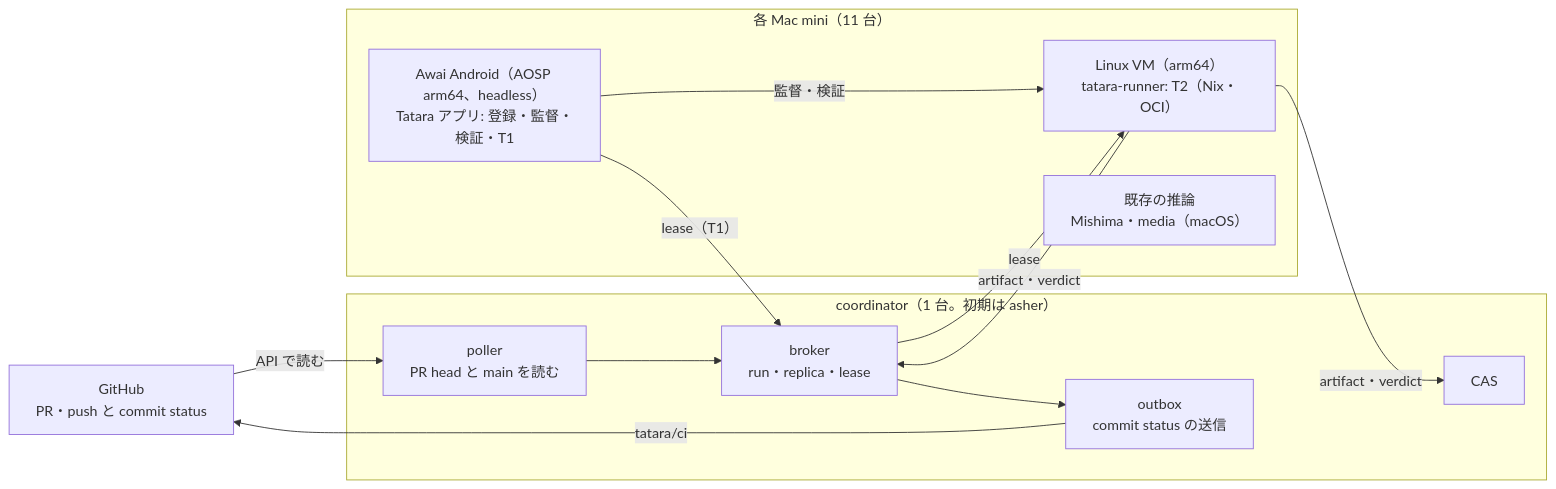
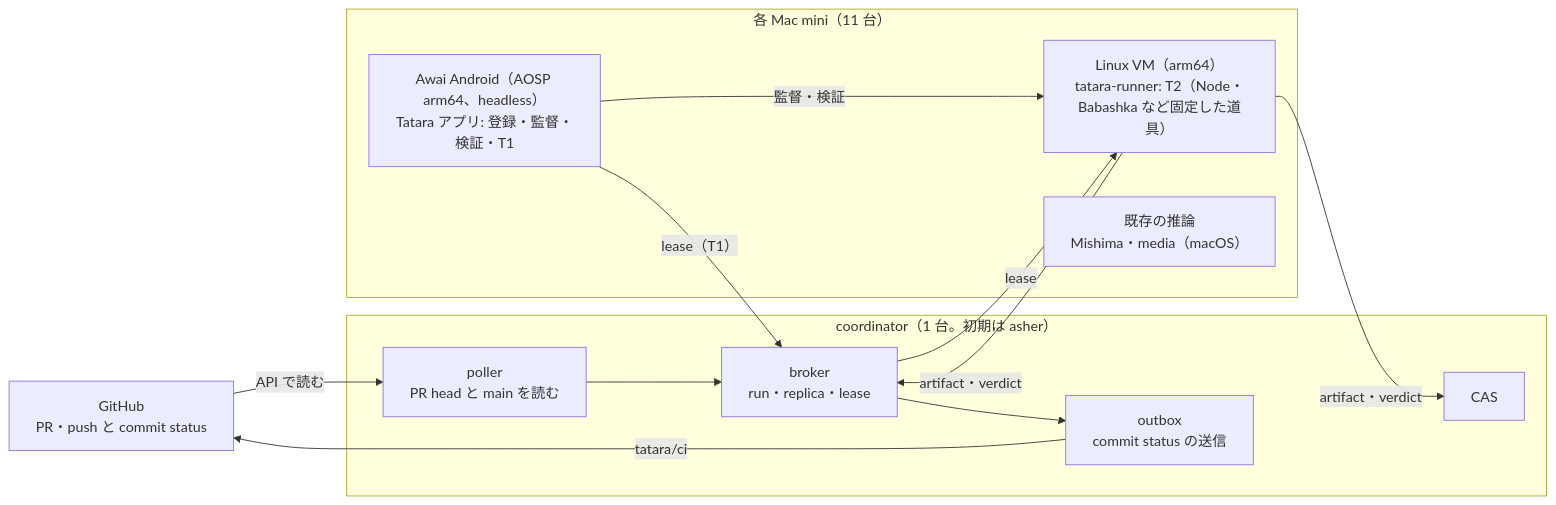
Before and after one commit to network-awai/app-tatara: the diagram in docs/fleet-ci-20261118.md, drawn with Mermaid. The commit also changed other lines of this file and 9 other files, not shown here.

First line of the commit message:
AWAI-3411: runner VM と pipeline から Nix を外す（NixOS は deprecated） (#17)

````diff
--- a/docs/fleet-ci-20261118.md
+++ b/docs/fleet-ci-20261118.md
@@ -19,21 +20,21 @@
 ```mermaid
 flowchart LR
     GH["GitHub<br/>PR・push と commit status"]
     subgraph CO["coordinator（1 台。初期は asher）"]
         POLL["poller<br/>PR head と main を読む"]
         BRK["broker<br/>run・replica・lease"]
         CAS["CAS"]
         OUT["outbox<br/>commit status の送信"]
     end
     subgraph MINI["各 Mac mini（11 台）"]
         AND["Awai Android（AOSP arm64、headless）<br/>Tatara アプリ: 登録・監督・検証・T1"]
-        VM["Linux VM（arm64）<br/>tatara-runner: T2（Nix・OCI）"]
+        VM["Linux VM（arm64）<br/>tatara-runner: T2（Node・Babashka など固定した道具）"]
         INF["既存の推論<br/>Mishima・media（macOS）"]
     end
     GH -- "API で読む" --> POLL --> BRK
     BRK -- "lease" --> VM
     VM -- "artifact・verdict" --> CAS & BRK
     AND -- "監督・検証" --> VM
     AND -- "lease（T1）" --> BRK
     BRK --> OUT -- "tatara/ci" --> GH
 ```
````
